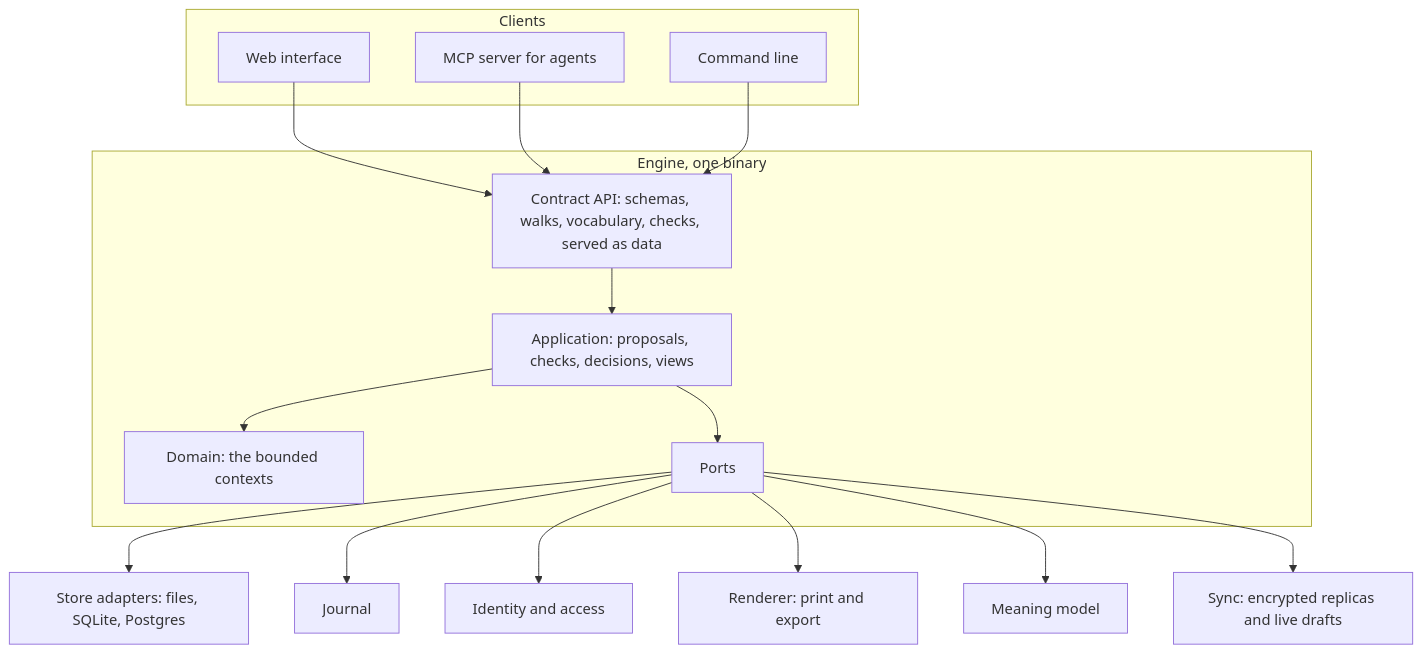
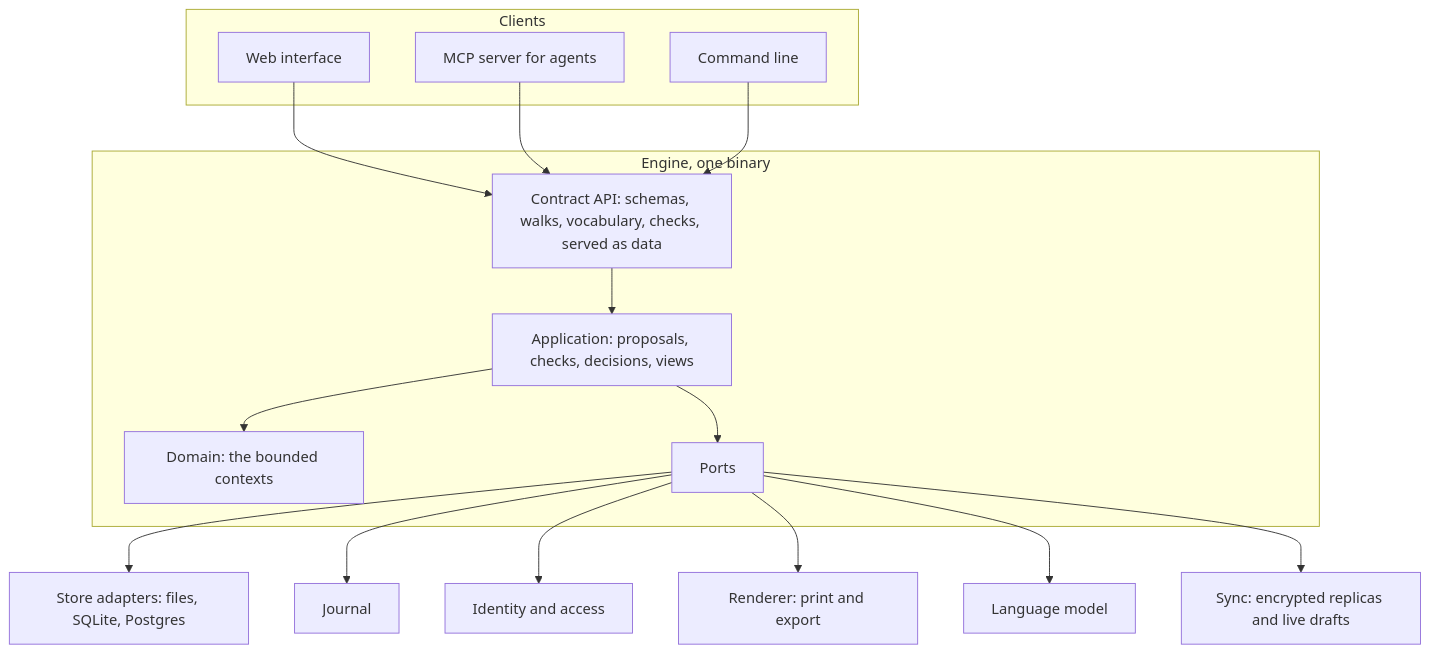
The second of 3 diagrams in docs/explanation/architecture.md (ProjectCartograph/cartograph-design), drawn with Mermaid before and after one commit. The commit also changed other lines of this file and 6 other files, not shown here.

````diff
--- a/docs/explanation/architecture.md
+++ b/docs/explanation/architecture.md
@@ -24,25 +24,25 @@
 ```mermaid
 flowchart TB
   subgraph Clients
     WEB["Web interface"]
     MCP["MCP server for agents"]
     CLI["Command line"]
   end
   subgraph Engine["Engine, one binary"]
     API["Contract API: schemas, walks, vocabulary, checks, served as data"]
     APP["Application: proposals, checks, decisions, views"]
     DOM["Domain: the bounded contexts"]
     PORTS["Ports"]
   end
   WEB --> API
   MCP --> API
   CLI --> API
   API --> APP --> DOM
   APP --> PORTS
   PORTS --> S1["Store adapters: files, SQLite, Postgres"]
   PORTS --> S2["Journal"]
   PORTS --> S3["Identity and access"]
   PORTS --> S4["Renderer: print and export"]
-  PORTS --> S5["Meaning model"]
+  PORTS --> S5["Language model"]
   PORTS --> S6["Sync: encrypted replicas and live drafts"]
 ```
````
